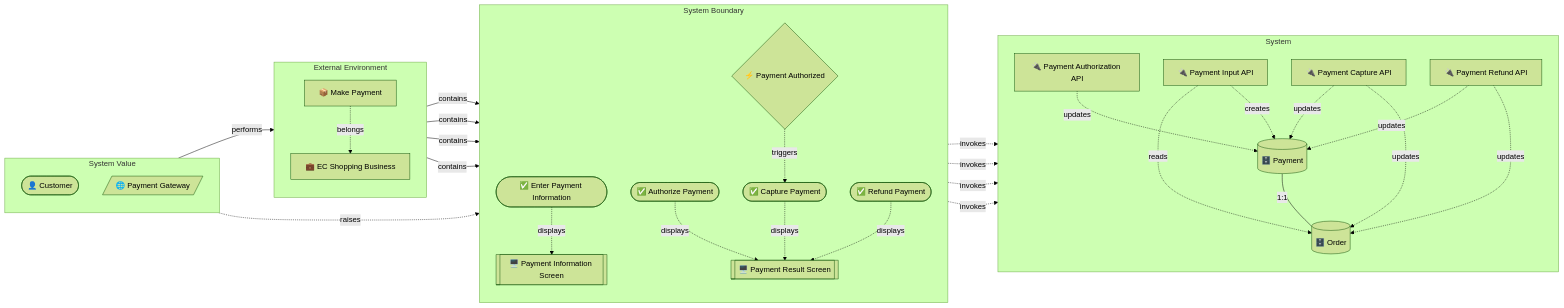
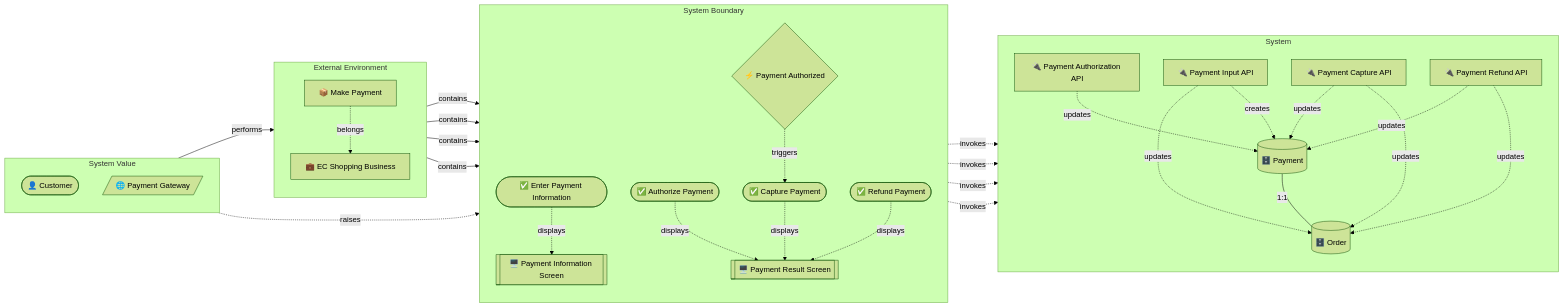
One commit to manji-0/rdra-ish-dsl changed the diagram in samples/ec-site/out/rdra_buc_bucpayment.mmd. Above: the diagram before and after it, drawn with Mermaid (forest theme). The commit also changed 11 other files, not shown here.

First line of the commit message:
fix(samples): ec-site enters payment once per order

```diff
--- a/samples/ec-site/out/rdra_buc_bucpayment.mmd
+++ b/samples/ec-site/out/rdra_buc_bucpayment.mmd
@@ -1,54 +1,54 @@
 flowchart LR
   subgraph layer_value[System Value]
     direction TB
     Customer(["👤 Customer"])
     PaymentGW[/"🌐 Payment Gateway"/]
   end
   subgraph layer_environment[External Environment]
     direction TB
     EcShopping["💼 EC Shopping Business"]
     BucPayment["📦 Make Payment"]
   end
   subgraph layer_boundary[System Boundary]
     direction TB
     AuthorizePayment(["✅ Authorize Payment"])
     Capture(["✅ Capture Payment"])
     InputPaymentInfo(["✅ Enter Payment Information"])
     RefundPayment(["✅ Refund Payment"])
     PaymentInputScreen[["🖥️ Payment Information Screen"]]
     PaymentResultScreen[["🖥️ Payment Result Screen"]]
     EvPaymentAuthorized{"⚡ Payment Authorized"}
   end
   subgraph layer_system[System]
     direction TB
     PaymentAuthorizationApi["🔌 Payment Authorization API"]
     PaymentCaptureApi["🔌 Payment Capture API"]
     PaymentInputApi["🔌 Payment Input API"]
     PaymentRefundApi["🔌 Payment Refund API"]
     Order[("🗄️ Order")]
     Payment[("🗄️ Payment")]
   end
   Customer -->|performs| BucPayment
   PaymentInputApi -.->|creates| Payment
-  PaymentInputApi -.->|reads| Order
+  PaymentInputApi -.->|updates| Order
   PaymentAuthorizationApi -.->|updates| Payment
   PaymentCaptureApi -.->|updates| Order
   PaymentCaptureApi -.->|updates| Payment
   PaymentRefundApi -.->|updates| Order
   PaymentRefundApi -.->|updates| Payment
   BucPayment -.->|belongs| EcShopping
   BucPayment -->|contains| InputPaymentInfo
   BucPayment -->|contains| AuthorizePayment
   BucPayment -->|contains| Capture
   BucPayment -->|contains| RefundPayment
   Payment ---|1:1| Order
   EvPaymentAuthorized -.->|triggers| Capture
   PaymentGW -.->|raises| EvPaymentAuthorized
   InputPaymentInfo -.->|displays| PaymentInputScreen
   InputPaymentInfo -.->|invokes| PaymentInputApi
   AuthorizePayment -.->|displays| PaymentResultScreen
   AuthorizePayment -.->|invokes| PaymentAuthorizationApi
   Capture -.->|displays| PaymentResultScreen
   Capture -.->|invokes| PaymentCaptureApi
   RefundPayment -.->|displays| PaymentResultScreen
   RefundPayment -.->|invokes| PaymentRefundApi
```
